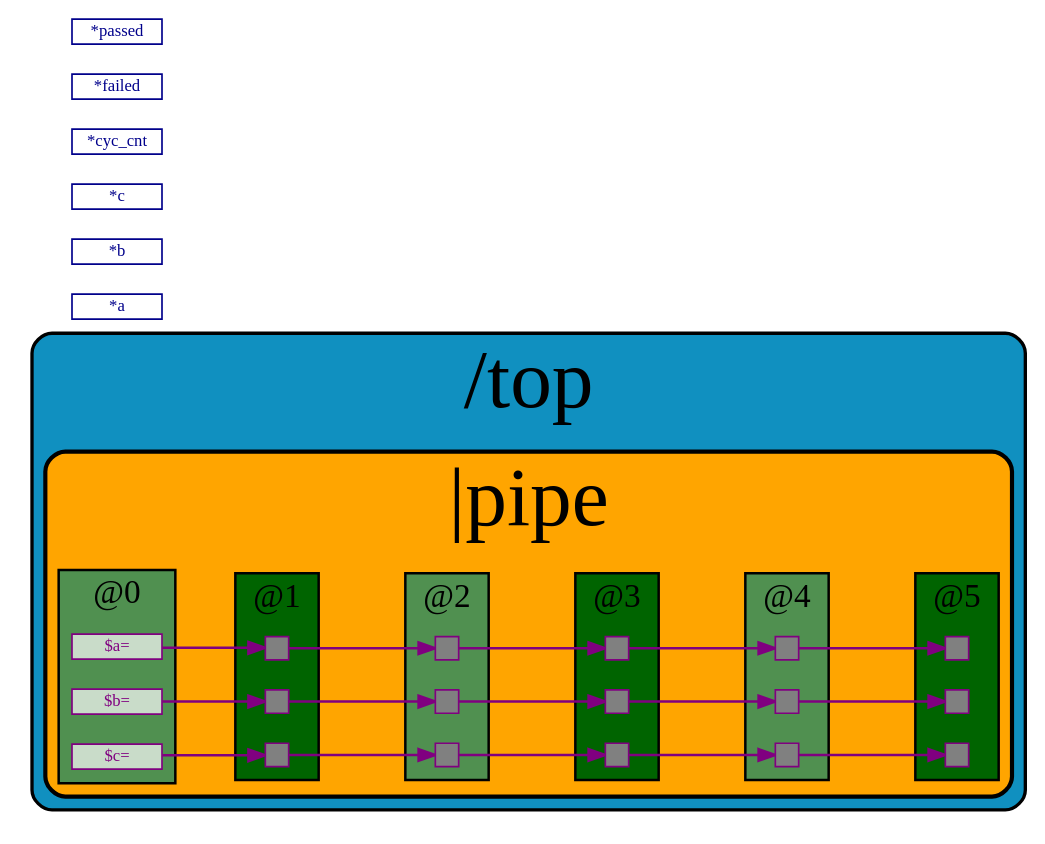
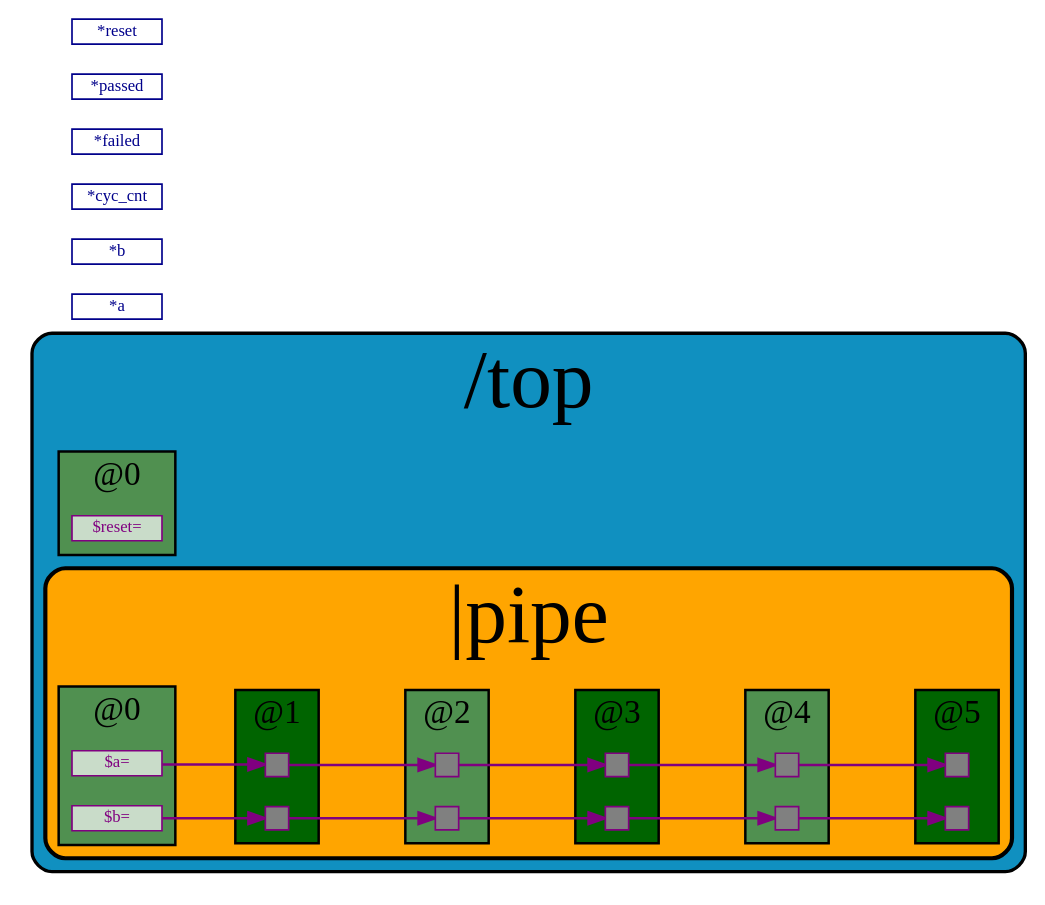
One commit to develone/sandpiper_test changed the diagram in half_adder/top_trans.dot. Above: the diagram before and after it, drawn with Graphviz. The commit also changed 12 other files, not shown here.

```diff
--- a/half_adder/top_trans.dot
+++ b/half_adder/top_trans.dot
@@ -1,170 +1,159 @@
 // Generated by SandPiper(TM) 1.9-2018/02/11-beta from Redwood EDA.
 // (Installed here: /home/devel/SandPiper_1.9-2018_02_11-beta_distro.)
 // Redwood EDA does not claim intellectual property rights to this file and provides no warranty regarding its correctness or quality.
 
 
 // Transaction Flow Graph:
 
 strict digraph "top.tlv" {
    graph [layout = dot, rankdir = "LR", outputorder = edgesfirst, splines = ortho];
    node [layer = 4, shape = star, height = 0.02, style = filled, fontsize = 10, fontcolor = "purple", color = "purple", fillcolor = "#ffffffb0", penwidth = 1.0, margin = "0.03,0.03"];
    edge [layer = 3, weight = 4, penwidth = 1.5, color = "purple", fontcolor = "#00D000", labelfontcolor = "purple"];
    subgraph "cluster." {
       fillcolor = "#1090c0"
       style = "filled,rounded"
       penwidth = 2.0
       fontsize = 50
       tooltip = "/top"
       id = "id0{logical_entity=#Q##Q#}"
       label = "/top"
+      subgraph "cluster.stage0" {
+         "$reset@0" [fillcolor = "#ffffffb0", shape = box, label = "$reset=", id = "id1{logical_entity=#Q#$reset#Q#}", tooltip = "$reset = *reset;"];
+      }
+      subgraph "cluster.stage0" {
+         style = "filled"
+         fontsize = 20
+         penwidth = 1.5
+         label = "@0"
+         id = "id2{logical_entity=#Q#|none@0#Q#}"
+         tooltip = "@0"
+         fillcolor = "#509050"
+      }
       subgraph "cluster.|none" {
          fillcolor = "orange"
          style = "filled,rounded"
          penwidth = 2.5
          fontsize = 50
          tooltip = "|none"
-         id = "id1{logical_entity=#Q#|none#Q#}"
+         id = "id3{logical_entity=#Q#|none#Q#}"
          label = "|none"
       }
       subgraph "cluster.|pipe" {
          fillcolor = "orange"
          style = "filled,rounded"
          penwidth = 2.5
          fontsize = 50
          tooltip = "|pipe"
-         id = "id2{logical_entity=#Q#|pipe#Q#}"
+         id = "id4{logical_entity=#Q#|pipe#Q#}"
          label = "|pipe"
          subgraph "cluster.stage0" {
-            "|pipe$a@0" [fillcolor = "#ffffffb0", shape = box, label = "$a=", id = "id3{logical_entity=#Q#|pipe$a#Q#}", tooltip = "$a[1:0] = a ;"];
+            "|pipe$a@0" [fillcolor = "#ffffffb0", shape = box, label = "$a=", id = "id5{logical_entity=#Q#|pipe$a#Q#}", tooltip = "$a = a ;"];
          }
          subgraph "cluster.stage1" {
             "|pipe$a@1" [label = "", shape = box, fixedsize = true, width = 0.2, height = 0.2, penwidth = 1.0, shape = box, fillcolor = grey];
          }
          subgraph "cluster.stage2" {
             "|pipe$a@2" [label = "", shape = box, fixedsize = true, width = 0.2, height = 0.2, penwidth = 1.0, shape = box, fillcolor = grey];
          }
          subgraph "cluster.stage3" {
             "|pipe$a@3" [label = "", shape = box, fixedsize = true, width = 0.2, height = 0.2, penwidth = 1.0, shape = box, fillcolor = grey];
          }
          subgraph "cluster.stage4" {
             "|pipe$a@4" [label = "", shape = box, fixedsize = true, width = 0.2, height = 0.2, penwidth = 1.0, shape = box, fillcolor = grey];
          }
          subgraph "cluster.stage5" {
             "|pipe$a@5" [label = "", shape = box, fixedsize = true, width = 0.2, height = 0.2, penwidth = 1.0, shape = box, fillcolor = grey];
          }
          subgraph "cluster.stage0" {
-            "|pipe$b@0" [fillcolor = "#ffffffb0", shape = box, label = "$b=", id = "id9{logical_entity=#Q#|pipe$b#Q#}", tooltip = "$b[1:0] = b;"];
+            "|pipe$b@0" [fillcolor = "#ffffffb0", shape = box, label = "$b=", id = "id11{logical_entity=#Q#|pipe$b#Q#}", tooltip = "$b = b;"];
          }
          subgraph "cluster.stage1" {
             "|pipe$b@1" [label = "", shape = box, fixedsize = true, width = 0.2, height = 0.2, penwidth = 1.0, shape = box, fillcolor = grey];
          }
          subgraph "cluster.stage2" {
             "|pipe$b@2" [label = "", shape = box, fixedsize = true, width = 0.2, height = 0.2, penwidth = 1.0, shape = box, fillcolor = grey];
          }
          subgraph "cluster.stage3" {
             "|pipe$b@3" [label = "", shape = box, fixedsize = true, width = 0.2, height = 0.2, penwidth = 1.0, shape = box, fillcolor = grey];
          }
          subgraph "cluster.stage4" {
             "|pipe$b@4" [label = "", shape = box, fixedsize = true, width = 0.2, height = 0.2, penwidth = 1.0, shape = box, fillcolor = grey];
          }
          subgraph "cluster.stage5" {
             "|pipe$b@5" [label = "", shape = box, fixedsize = true, width = 0.2, height = 0.2, penwidth = 1.0, shape = box, fillcolor = grey];
          }
          subgraph "cluster.stage0" {
-            "|pipe$c@0" [fillcolor = "#ffffffb0", shape = box, label = "$c=", id = "id15{logical_entity=#Q#|pipe$c#Q#}", tooltip = "$c[4:0] = c;"];
-         }
-         subgraph "cluster.stage1" {
-            "|pipe$c@1" [label = "", shape = box, fixedsize = true, width = 0.2, height = 0.2, penwidth = 1.0, shape = box, fillcolor = grey];
-         }
-         subgraph "cluster.stage2" {
-            "|pipe$c@2" [label = "", shape = box, fixedsize = true, width = 0.2, height = 0.2, penwidth = 1.0, shape = box, fillcolor = grey];
-         }
-         subgraph "cluster.stage3" {
-            "|pipe$c@3" [label = "", shape = box, fixedsize = true, width = 0.2, height = 0.2, penwidth = 1.0, shape = box, fillcolor = grey];
-         }
-         subgraph "cluster.stage4" {
-            "|pipe$c@4" [label = "", shape = box, fixedsize = true, width = 0.2, height = 0.2, penwidth = 1.0, shape = box, fillcolor = grey];
-         }
-         subgraph "cluster.stage5" {
-            "|pipe$c@5" [label = "", shape = box, fixedsize = true, width = 0.2, height = 0.2, penwidth = 1.0, shape = box, fillcolor = grey];
-         }
-         subgraph "cluster.stage0" {
             style = "filled"
             fontsize = 20
             penwidth = 1.5
             label = "@0"
-            id = "id21{logical_entity=#Q#|pipe@0#Q#}"
+            id = "id17{logical_entity=#Q#|pipe@0#Q#}"
             tooltip = "|pipe@0"
             fillcolor = "#509050"
          }
          subgraph "cluster.stage1" {
             style = "filled"
             fontsize = 20
             penwidth = 1.5
             label = "@1"
-            id = "id22{logical_entity=#Q#|pipe@2#Q#}"
+            id = "id18{logical_entity=#Q#|pipe@2#Q#}"
             tooltip = "|pipe@1"
             fillcolor = "darkgreen"
          }
          subgraph "cluster.stage2" {
             style = "filled"
             fontsize = 20
             penwidth = 1.5
             label = "@2"
-            id = "id23{logical_entity=#Q#|pipe@4#Q#}"
+            id = "id19{logical_entity=#Q#|pipe@4#Q#}"
             tooltip = "|pipe@2"
             fillcolor = "#509050"
          }
          subgraph "cluster.stage3" {
             style = "filled"
             fontsize = 20
             penwidth = 1.5
             label = "@3"
-            id = "id24{logical_entity=#Q#|pipe@6#Q#}"
+            id = "id20{logical_entity=#Q#|pipe@6#Q#}"
             tooltip = "|pipe@3"
             fillcolor = "darkgreen"
          }
          subgraph "cluster.stage4" {
             style = "filled"
             fontsize = 20
             penwidth = 1.5
             label = "@4"
-            id = "id25{logical_entity=#Q#|pipe@8#Q#}"
+            id = "id21{logical_entity=#Q#|pipe@8#Q#}"
             tooltip = "|pipe@4"
             fillcolor = "#509050"
          }
          subgraph "cluster.stage5" {
             style = "filled"
             fontsize = 20
             penwidth = 1.5
             label = "@5"
-            id = "id26{logical_entity=#Q#|pipe@10#Q#}"
+            id = "id22{logical_entity=#Q#|pipe@10#Q#}"
             tooltip = "|pipe@5"
             fillcolor = "darkgreen"
          }
       }
    }
 
 "*a" [shape = box, color = "#00008b", fontcolor = "#00008b", fillcolor = white];
 "*b" [shape = box, color = "#00008b", fontcolor = "#00008b", fillcolor = white];
-"*c" [shape = box, color = "#00008b", fontcolor = "#00008b", fillcolor = white];
 "*cyc_cnt" [shape = box, color = "#00008b", fontcolor = "#00008b", fillcolor = white];
 "*failed" [shape = box, color = "#00008b", fontcolor = "#00008b", fillcolor = white];
 "*passed" [shape = box, color = "#00008b", fontcolor = "#00008b", fillcolor = white];
+"*reset" [shape = box, color = "#00008b", fontcolor = "#00008b", fillcolor = white];
 
-"|pipe$a@0" -> "|pipe$a@1" [id = "id4{logical_entity=#Q#|pipe$a#Q#}", weight = 10]
-"|pipe$a@1" -> "|pipe$a@2" [id = "id5{logical_entity=#Q#|pipe$a#Q#}", weight = 10]
-"|pipe$a@2" -> "|pipe$a@3" [id = "id6{logical_entity=#Q#|pipe$a#Q#}", weight = 10]
-"|pipe$a@3" -> "|pipe$a@4" [id = "id7{logical_entity=#Q#|pipe$a#Q#}", weight = 10]
-"|pipe$a@4" -> "|pipe$a@5" [id = "id8{logical_entity=#Q#|pipe$a#Q#}", weight = 10]
-"|pipe$b@0" -> "|pipe$b@1" [id = "id10{logical_entity=#Q#|pipe$b#Q#}", weight = 10]
-"|pipe$b@1" -> "|pipe$b@2" [id = "id11{logical_entity=#Q#|pipe$b#Q#}", weight = 10]
-"|pipe$b@2" -> "|pipe$b@3" [id = "id12{logical_entity=#Q#|pipe$b#Q#}", weight = 10]
-"|pipe$b@3" -> "|pipe$b@4" [id = "id13{logical_entity=#Q#|pipe$b#Q#}", weight = 10]
-"|pipe$b@4" -> "|pipe$b@5" [id = "id14{logical_entity=#Q#|pipe$b#Q#}", weight = 10]
-"|pipe$c@0" -> "|pipe$c@1" [id = "id16{logical_entity=#Q#|pipe$c#Q#}", weight = 10]
-"|pipe$c@1" -> "|pipe$c@2" [id = "id17{logical_entity=#Q#|pipe$c#Q#}", weight = 10]
-"|pipe$c@2" -> "|pipe$c@3" [id = "id18{logical_entity=#Q#|pipe$c#Q#}", weight = 10]
-"|pipe$c@3" -> "|pipe$c@4" [id = "id19{logical_entity=#Q#|pipe$c#Q#}", weight = 10]
-"|pipe$c@4" -> "|pipe$c@5" [id = "id20{logical_entity=#Q#|pipe$c#Q#}", weight = 10]
+"|pipe$a@0" -> "|pipe$a@1" [id = "id6{logical_entity=#Q#|pipe$a#Q#}", weight = 10]
+"|pipe$a@1" -> "|pipe$a@2" [id = "id7{logical_entity=#Q#|pipe$a#Q#}", weight = 10]
+"|pipe$a@2" -> "|pipe$a@3" [id = "id8{logical_entity=#Q#|pipe$a#Q#}", weight = 10]
+"|pipe$a@3" -> "|pipe$a@4" [id = "id9{logical_entity=#Q#|pipe$a#Q#}", weight = 10]
+"|pipe$a@4" -> "|pipe$a@5" [id = "id10{logical_entity=#Q#|pipe$a#Q#}", weight = 10]
+"|pipe$b@0" -> "|pipe$b@1" [id = "id12{logical_entity=#Q#|pipe$b#Q#}", weight = 10]
+"|pipe$b@1" -> "|pipe$b@2" [id = "id13{logical_entity=#Q#|pipe$b#Q#}", weight = 10]
+"|pipe$b@2" -> "|pipe$b@3" [id = "id14{logical_entity=#Q#|pipe$b#Q#}", weight = 10]
+"|pipe$b@3" -> "|pipe$b@4" [id = "id15{logical_entity=#Q#|pipe$b#Q#}", weight = 10]
+"|pipe$b@4" -> "|pipe$b@5" [id = "id16{logical_entity=#Q#|pipe$b#Q#}", weight = 10]
 }
```
